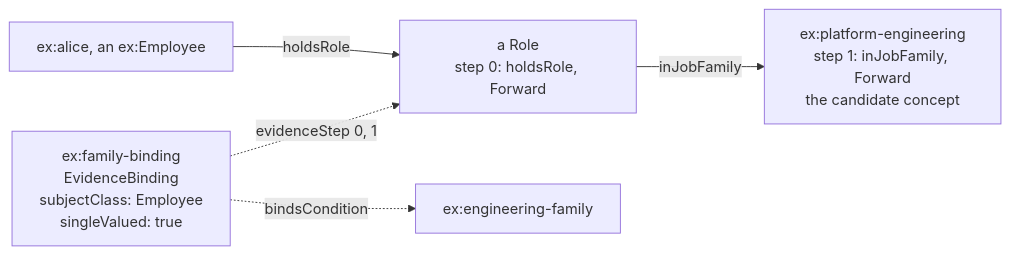
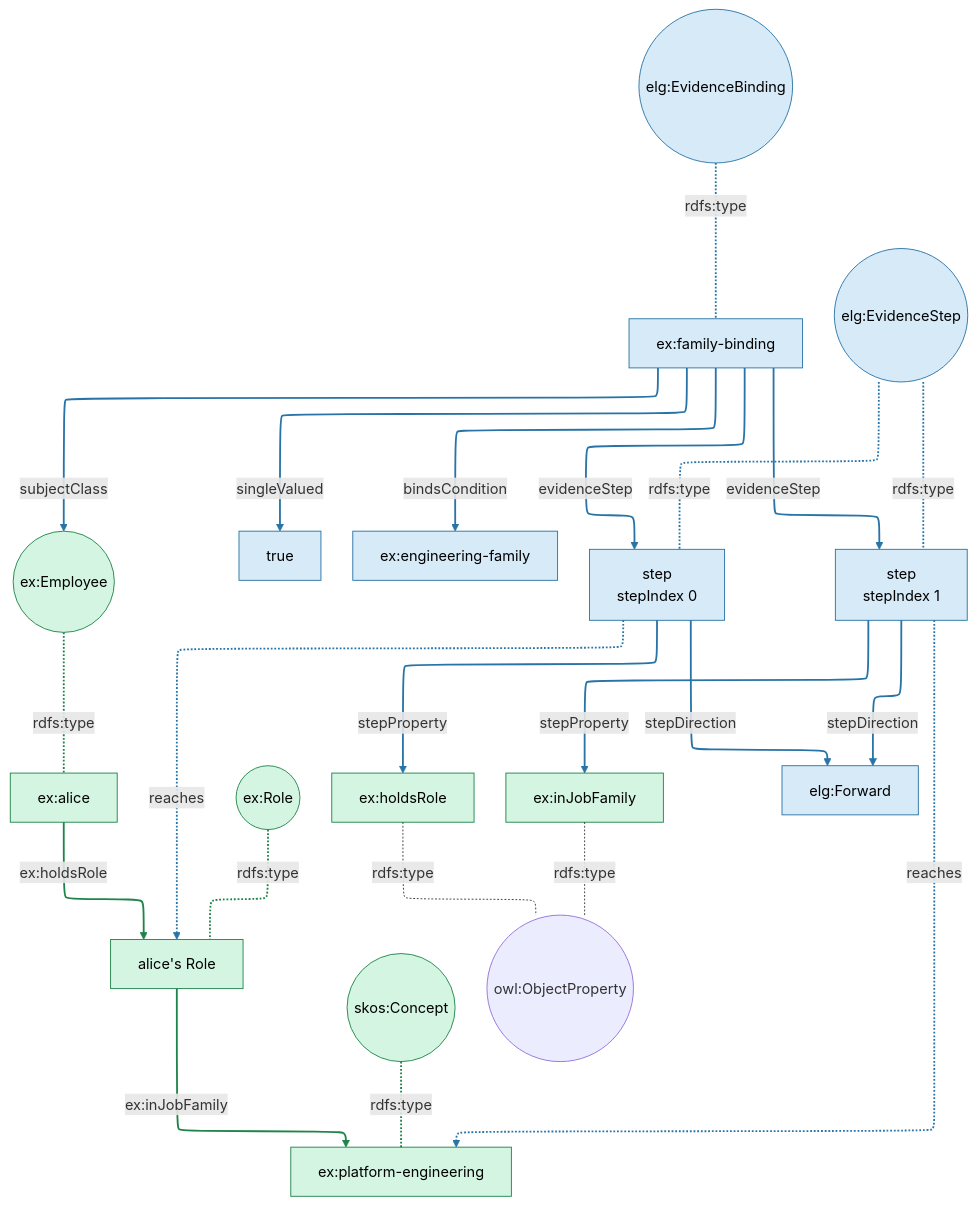
Before and after one commit to nebularis/lattice: the seventh of 14 diagrams in ontology/eligibility/README.md, drawn with Mermaid. The commit also changed other lines of this file and 4 other files, not shown here.

````diff
--- a/ontology/eligibility/README.md
+++ b/ontology/eligibility/README.md
@@ -321,12 +321,39 @@
 ```mermaid
-flowchart LR
-    Subj["ex:alice, an ex:Employee"]
-    Role["a Role<br/>step 0: holdsRole, Forward"]
-    Fam["ex:platform-engineering<br/>step 1: inJobFamily, Forward<br/>the candidate concept"]
-    Bind["ex:family-binding<br/>EvidenceBinding<br/>subjectClass: Employee<br/>singleValued: true"]
-    Cond["ex:engineering-family"]
-    Subj -- "holdsRole" --> Role
-    Role -- "inJobFamily" --> Fam
-    Bind -. "evidenceStep 0, 1" .-> Role
-    Bind -. "bindsCondition" .-> Cond
+---
+config:
+  layout: elk
+---
+flowchart TB
+    Emp((ex:Employee)) -. "rdfs:type" .- Subj["ex:alice"]
+    Rl((ex:Role)) -. "rdfs:type" .- Role["alice's Role"]
+    Con((skos:Concept)) -. "rdfs:type" .- Fam["ex:platform-engineering"]
+    Subj -- "ex:holdsRole" --> Role
+    Role -- "ex:inJobFamily" --> Fam
+
+    Bind["ex:family-binding"]
+    EvB((elg:EvidenceBinding)) -. "rdfs:type" .- Bind
+    Bind -- "subjectClass" --> Emp
+    Bind -- "singleValued" --> SV["true"]
+    Bind -- "bindsCondition" --> Cond["ex:engineering-family"]
+
+    ES((elg:EvidenceStep)) -. "rdfs:type" .- S0["step<br/>stepIndex 0"]
+    ES -. "rdfs:type" .- S1["step<br/>stepIndex 1"]
+    Bind -- "evidenceStep" --> S0
+    Bind -- "evidenceStep" --> S1
+    S0 -- "stepProperty" --> P0["ex:holdsRole"]
+    S1 -- "stepProperty" --> P1["ex:inJobFamily"]
+    S0 -- "stepDirection" --> Fwd["elg:Forward"]
+    S1 -- "stepDirection" --> Fwd
+    S0 -. "reaches" .-> Role
+    S1 -. "reaches" .-> Fam
+
+    P0 -. "rdfs:type" .- OP((owl:ObjectProperty))
+    P1 -. "rdfs:type" .- OP
+
+    classDef domain fill:#d5f5e3,stroke:#1e8449,color:#000
+    classDef elig fill:#d6eaf8,stroke:#2874a6,color:#000
+    class Emp,Subj,Rl,Role,Con,Fam,P0,P1 domain
+    class EvB,Bind,SV,Cond,ES,S0,S1,Fwd elig
+    linkStyle 0,1,2,3,4 stroke:#1e8449,stroke-width:2px,color:#1e8449
+    linkStyle 5,6,7,8,9,10,11,12,13,14,15,16,17,18 stroke:#2874a6,stroke-width:2px,color:#2874a6
 ```
````
